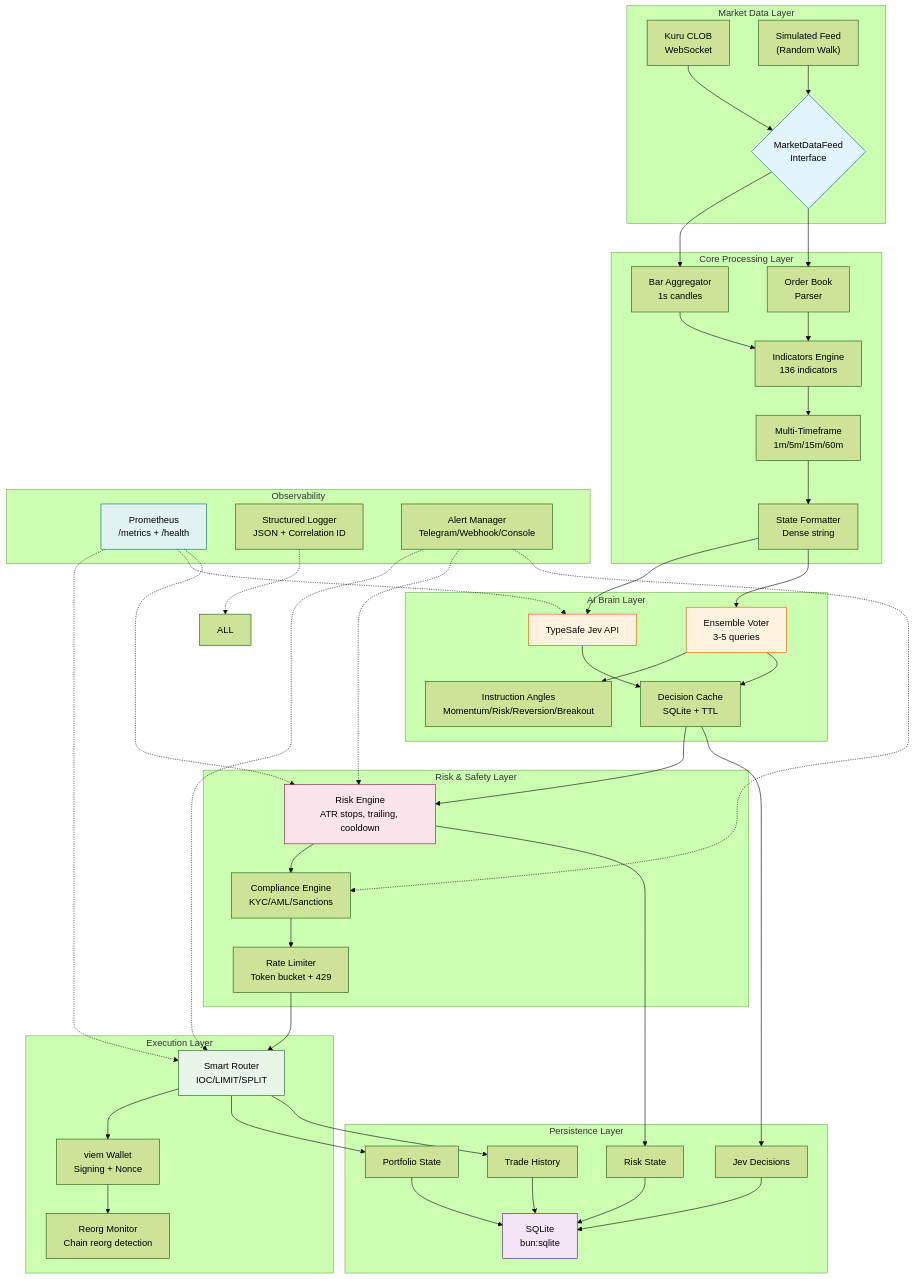
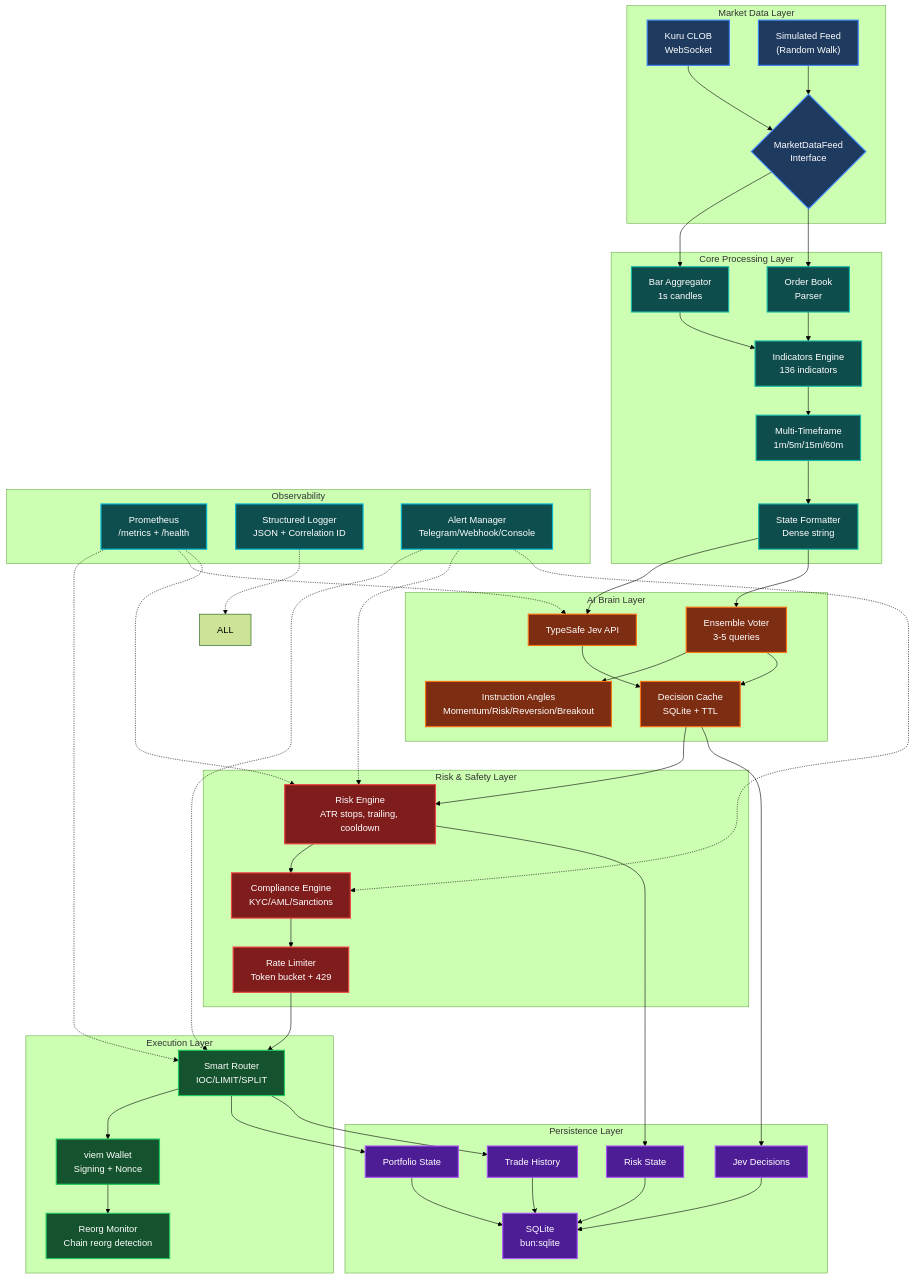
The diagram in docs/architecture/architecture.mmd (sudish80/Cerebro), drawn with Mermaid (forest theme) before and after one commit. The commit also changed 4 other files, not shown here.

First line of the commit message:
docs: improve Mermaid diagrams with professional color grading

```diff
--- a/docs/architecture/architecture.mmd
+++ b/docs/architecture/architecture.mmd
@@ -1,90 +1,98 @@
 flowchart TB
     subgraph MarketData["Market Data Layer"]
         WS["Kuru CLOB<br/>WebSocket"]
         SIM["Simulated Feed<br/>(Random Walk)"]
         FEED{"MarketDataFeed<br/>Interface"}
     end
 
     subgraph Core["Core Processing Layer"]
         BAR["Bar Aggregator<br/>1s candles"]
         OB["Order Book<br/>Parser"]
         IND["Indicators Engine<br/>136 indicators"]
         MTF["Multi-Timeframe<br/>1m/5m/15m/60m"]
         FMT["State Formatter<br/>Dense string"]
     end
 
     subgraph Brain["AI Brain Layer"]
         JEV["TypeSafe Jev API"]
         ENS["Ensemble Voter<br/>3-5 queries"]
         ANGLE["Instruction Angles<br/>Momentum/Risk/Reversion/Breakout"]
         CACHE["Decision Cache<br/>SQLite + TTL"]
     end
 
     subgraph Safety["Risk & Safety Layer"]
         RISK["Risk Engine<br/>ATR stops, trailing, cooldown"]
         COMP["Compliance Engine<br/>KYC/AML/Sanctions"]
         RL["Rate Limiter<br/>Token bucket + 429"]
     end
 
     subgraph Execution["Execution Layer"]
         EXEC["Smart Router<br/>IOC/LIMIT/SPLIT"]
         WALLET["viem Wallet<br/>Signing + Nonce"]
         REORG["Reorg Monitor<br/>Chain reorg detection"]
     end
 
     subgraph Persistence["Persistence Layer"]
         SQLITE["SQLite<br/>bun:sqlite"]
         PORT["Portfolio State"]
         RSTATE["Risk State"]
         TRADES["Trade History"]
         JDEC["Jev Decisions"]
     end
 
     subgraph Observability["Observability"]
         MET["Prometheus<br/>/metrics + /health"]
         LOG["Structured Logger<br/>JSON + Correlation ID"]
         ALERT["Alert Manager<br/>Telegram/Webhook/Console"]
     end
 
     WS --> FEED
     SIM --> FEED
     FEED --> BAR
     FEED --> OB
     BAR --> IND
     OB --> IND
     IND --> MTF
     MTF --> FMT
     FMT --> JEV
     FMT --> ENS
     ENS --> ANGLE
     JEV --> CACHE
     ENS --> CACHE
     CACHE --> RISK
     RISK --> COMP
     COMP --> RL
     RL --> EXEC
     EXEC --> WALLET
     WALLET --> REORG
     EXEC --> PORT
     RISK --> RSTATE
     EXEC --> TRADES
     CACHE --> JDEC
     PORT --> SQLITE
     RSTATE --> SQLITE
     TRADES --> SQLITE
     JDEC --> SQLITE
     MET -.-> EXEC
     MET -.-> JEV
     MET -.-> RISK
     LOG -.-> ALL
     ALERT -.-> EXEC
     ALERT -.-> RISK
     ALERT -.-> COMP
 
-    style FEED fill:#e1f5fe,stroke:#01579b
-    style JEV fill:#fff3e0,stroke:#e65100
-    style ENS fill:#fff3e0,stroke:#e65100
-    style RISK fill:#fce4ec,stroke:#880e4f
-    style EXEC fill:#e8f5e9,stroke:#1b5e20
-    style SQLITE fill:#f3e5f5,stroke:#4a148c
-    style MET fill:#e0f2f1,stroke:#00695c
+    classDef marketData fill:#1e3a5f,color:#fff,stroke:#3b82f6,stroke-width:2px
+    classDef core fill:#0f4c4c,color:#fff,stroke:#14b8a6,stroke-width:2px
+    classDef brain fill:#7c2d12,color:#fff,stroke:#f97316,stroke-width:2px
+    classDef safety fill:#7f1d1d,color:#fff,stroke:#ef4444,stroke-width:2px
+    classDef execution fill:#14532d,color:#fff,stroke:#22c55e,stroke-width:2px
+    classDef persistence fill:#4c1d95,color:#fff,stroke:#a855f7,stroke-width:2px
+    classDef observability fill:#0e4e4e,color:#fff,stroke:#06b6d4,stroke-width:2px
+
+    class WS,SIM,FEED marketData
+    class BAR,OB,IND,MTF,FMT core
+    class JEV,ENS,ANGLE,CACHE brain
+    class RISK,COMP,RL safety
+    class EXEC,WALLET,REORG execution
+    class SQLITE,PORT,RSTATE,TRADES,JDEC persistence
+    class MET,LOG,ALERT observability
```
